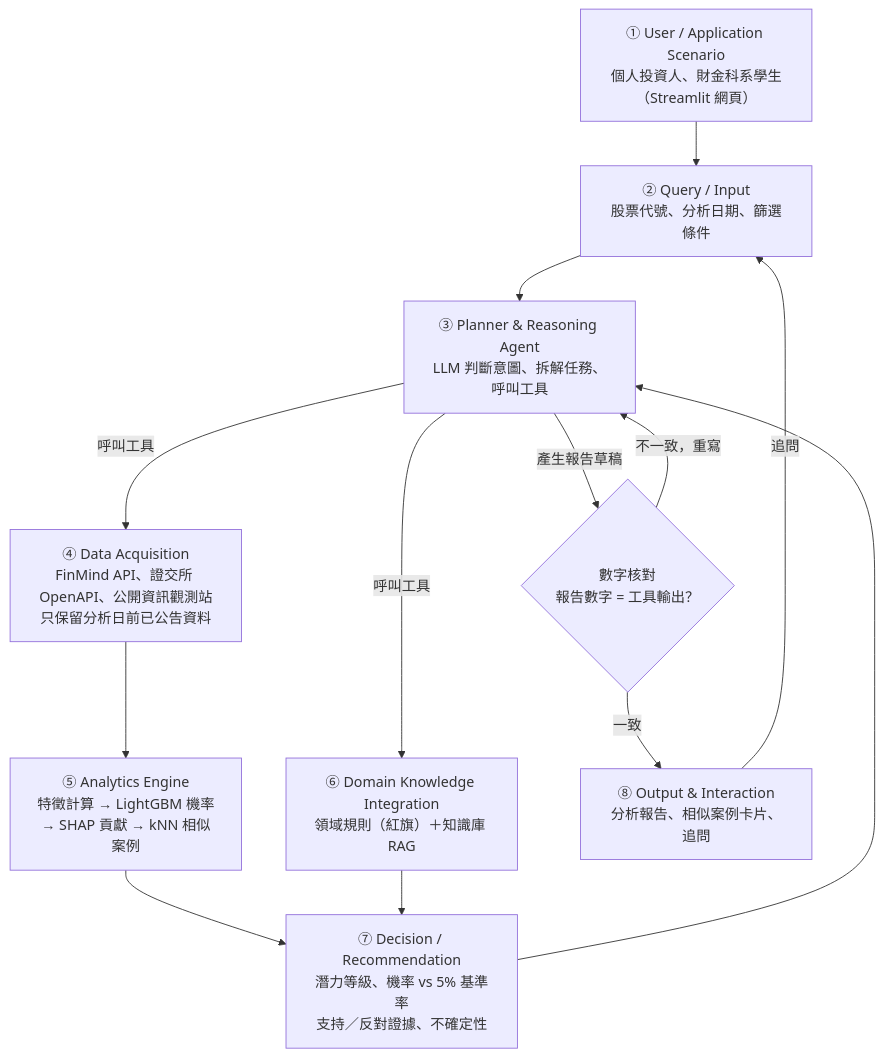
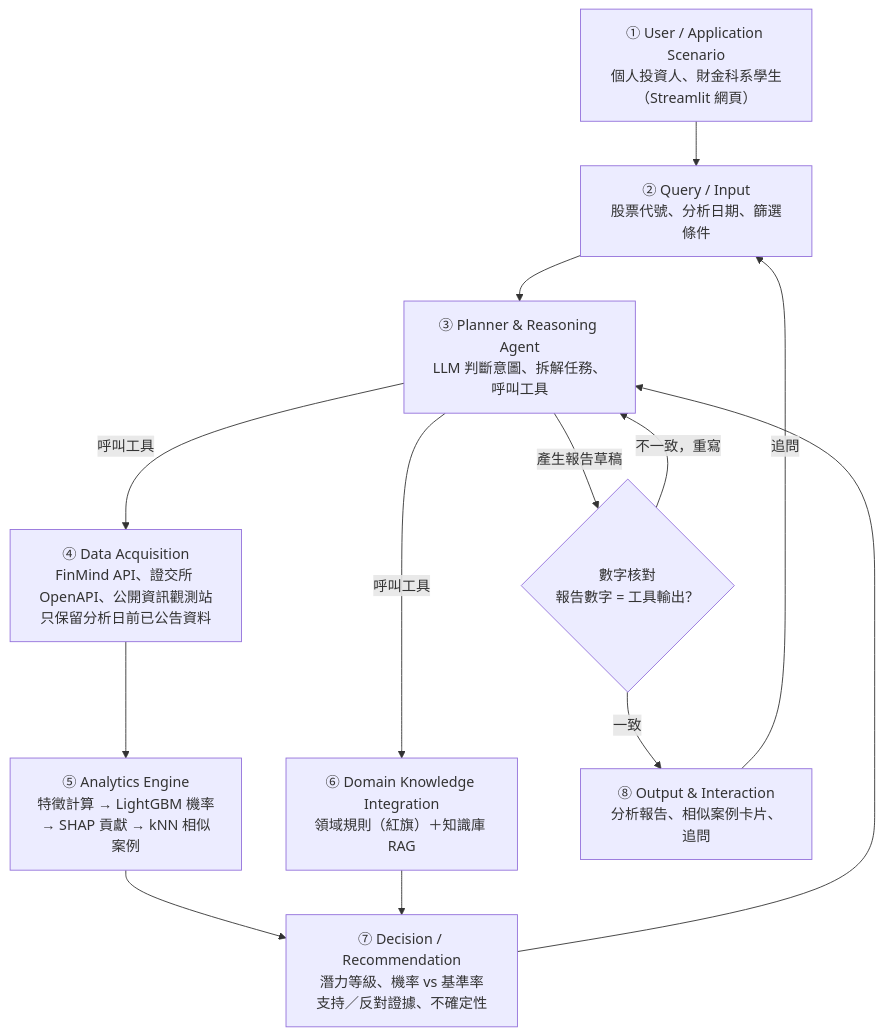
One commit to yui000130/AIoT-FinalProject changed the diagram in DESIGN.md. Above: the diagram before and after it, drawn with Mermaid. The commit also changed other lines of this file and 9 other files, not shown here.

````diff
--- a/DESIGN.md
+++ b/DESIGN.md
@@ -54,23 +76,23 @@
 ```mermaid
 flowchart TD
     U["① User / Application Scenario<br/>個人投資人、財金科系學生<br/>（Streamlit 網頁）"]
     Q["② Query / Input<br/>股票代號、分析日期、篩選條件"]
     P["③ Planner & Reasoning Agent<br/>LLM 判斷意圖、拆解任務、呼叫工具"]
     D["④ Data Acquisition<br/>FinMind API、證交所 OpenAPI、公開資訊觀測站<br/>只保留分析日前已公告資料"]
     A["⑤ Analytics Engine<br/>特徵計算 → LightGBM 機率<br/>→ SHAP 貢獻 → kNN 相似案例"]
     K["⑥ Domain Knowledge Integration<br/>領域規則（紅旗）＋知識庫 RAG"]
-    R["⑦ Decision / Recommendation<br/>潛力等級、機率 vs 5% 基準率<br/>支持／反對證據、不確定性"]
+    R["⑦ Decision / Recommendation<br/>潛力等級、機率 vs 基準率<br/>支持／反對證據、不確定性"]
     O["⑧ Output & Interaction<br/>分析報告、相似案例卡片、追問"]
     V{"數字核對<br/>報告數字 = 工具輸出？"}
 
     U --> Q --> P
     P -->|呼叫工具| D --> A
     P -->|呼叫工具| K
     A --> R
     K --> R
     R --> P
     P -->|產生報告草稿| V
     V -->|一致| O
     V -->|不一致，重寫| P
     O -->|追問| Q
 ```
````
